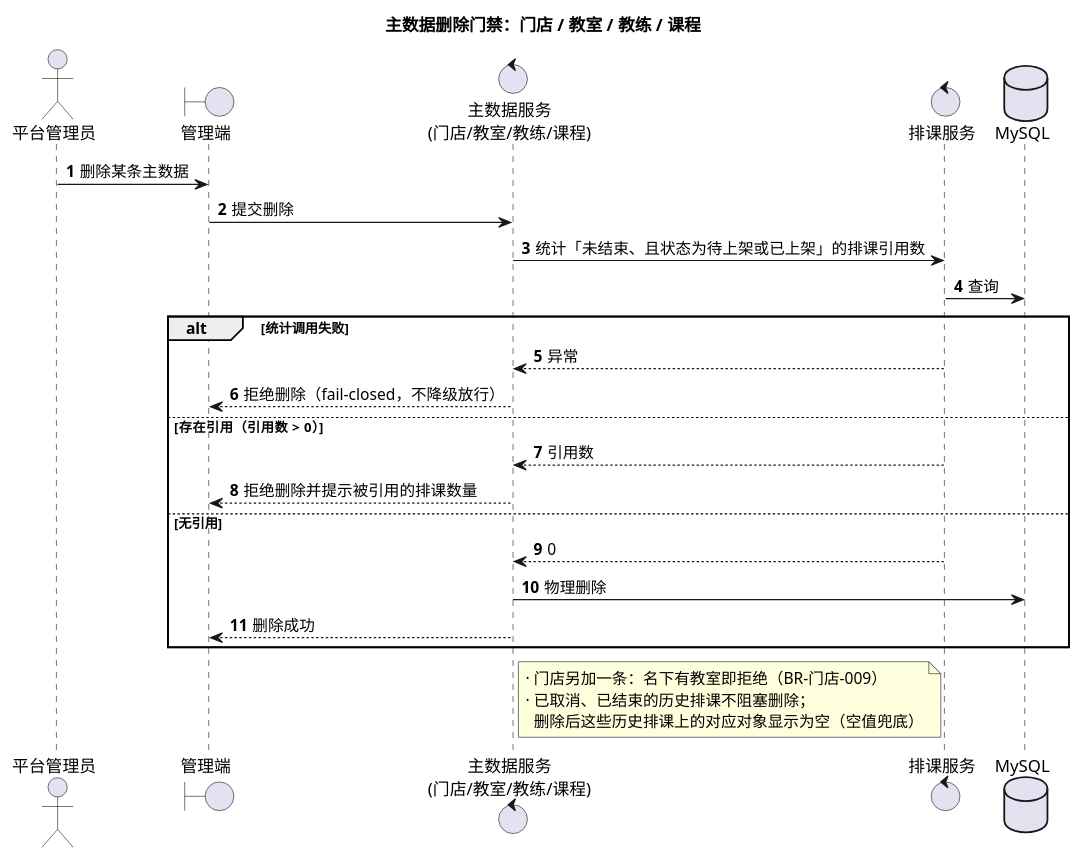
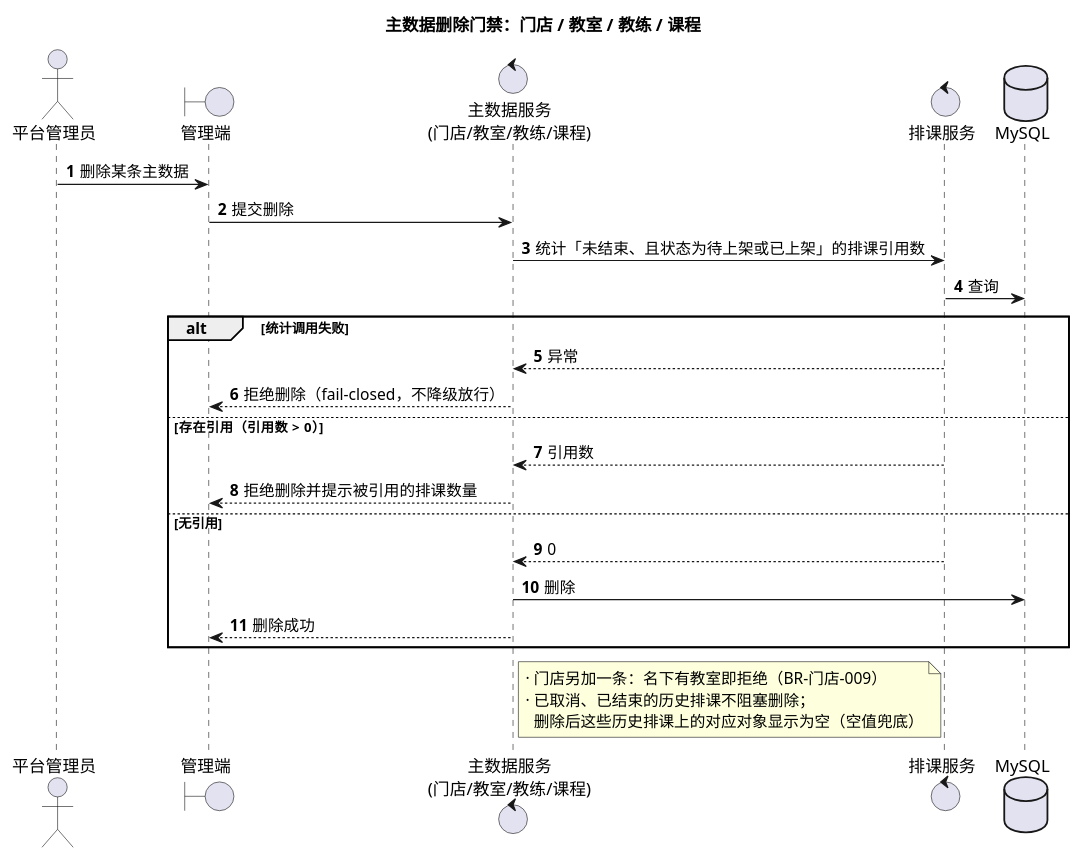
One commit to duo2530/techplant-yoga changed the fourth of 5 diagrams in docs/概要设计/概要设计.md. Above: the diagram before and after it, drawn with PlantUML. The commit also changed other lines of this file and 13 other files, not shown here.

````diff
--- a/docs/概要设计/概要设计.md
+++ b/docs/概要设计/概要设计.md
@@ -274,35 +274,35 @@
 ```plantuml
 @startuml
 title 主数据删除门禁：门店 / 教室 / 教练 / 课程
 autonumber
 actor 平台管理员
 boundary 管理端
 control "主数据服务\n(门店/教室/教练/课程)" as M
 control 排课服务
 database MySQL
 
 平台管理员 -> 管理端 : 删除某条主数据
 管理端 -> M : 提交删除
 M -> 排课服务 : 统计「未结束、且状态为待上架或已上架」的排课引用数
 排课服务 -> MySQL : 查询
 
 alt 统计调用失败
   排课服务 --> M : 异常
   M --> 管理端 : 拒绝删除（fail-closed，不降级放行）
 else 存在引用（引用数 > 0）
   排课服务 --> M : 引用数
   M --> 管理端 : 拒绝删除并提示被引用的排课数量
 else 无引用
   排课服务 --> M : 0
-  M -> MySQL : 物理删除
+  M -> MySQL : 删除
   M --> 管理端 : 删除成功
 end
 
 note right of M
   · 门店另加一条：名下有教室即拒绝（BR-门店-009）
   · 已取消、已结束的历史排课不阻塞删除；
     删除后这些历史排课上的对应对象显示为空（空值兜底）
 end note
 
 @enduml
 ```
````
